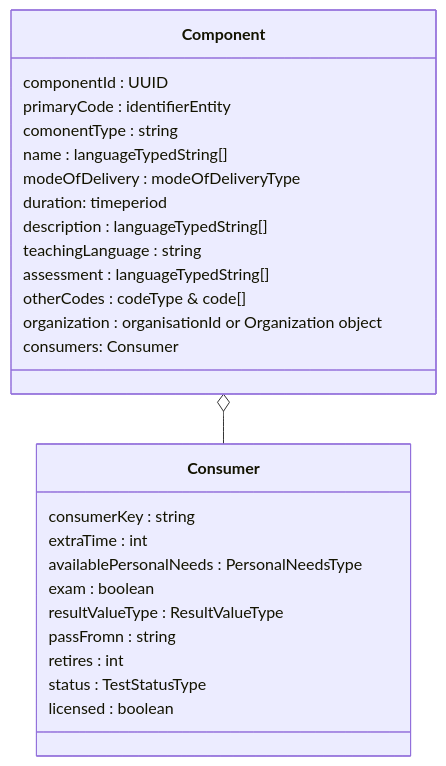
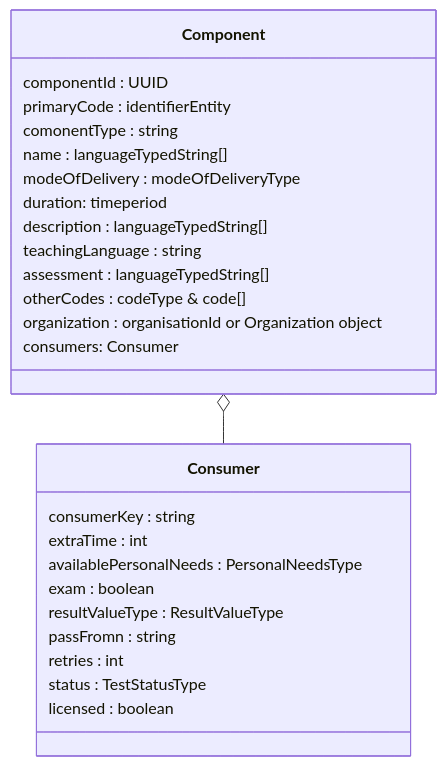
Before and after one commit to NetwerkExamineringDigitalisering/NED-OOAPI: the second of 3 diagrams in doc/flow0.md, drawn with Mermaid. The commit also changed 4 other files, not shown here.

````diff
--- a/doc/flow0.md
+++ b/doc/flow0.md
@@ -21,29 +21,29 @@
 ```mermaid
 classDiagram
     class Component {
     	componentId : UUID
 	primaryCode : identifierEntity
 	comonentType : string
 	name : languageTypedString[]
 	modeOfDelivery : modeOfDeliveryType
     duration: timeperiod
 	description : languageTypedString[]
 	teachingLanguage : string
 	assessment : languageTypedString[]
 	otherCodes : codeType & code[]
 	organization : organisationId or Organization object
     consumers: Consumer
     }
     class Consumer {
     	consumerKey : string
 	extraTime : int
 	availablePersonalNeeds : PersonalNeedsType
 	exam : boolean
 	resultValueType : ResultValueType
 	passFromn : string
-	retires : int
+	retries : int
 	status : TestStatusType
 	licensed : boolean
     }
     Component o-- Consumer
 ```
````
